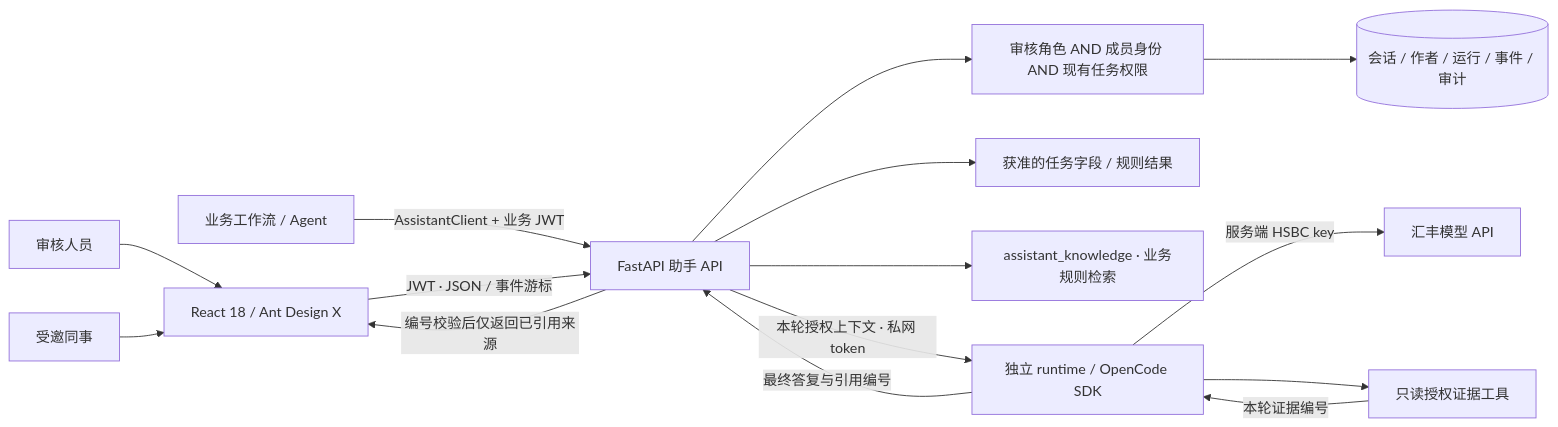
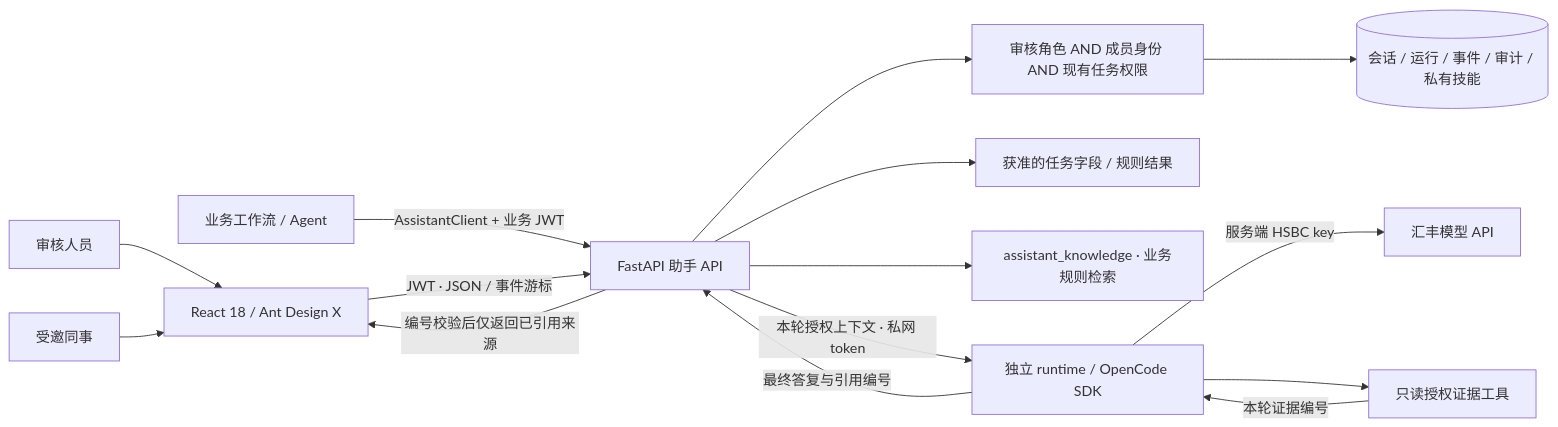
The first of 4 diagrams in docs/ai-assistant/README.md (HBCN-AI-Campaign/HBCN-AI-Campaign-Team8), drawn with Mermaid before and after one commit. The commit also changed other lines of this file and 40 other files, not shown here.

Commit message:
assistant: improve reviewer skill and collaboration flows

```diff
--- a/docs/ai-assistant/README.md
+++ b/docs/ai-assistant/README.md
@@ -34,17 +36,17 @@
 ~~~mermaid
 flowchart LR
   R[审核人员] --> UI[React 18 / Ant Design X]
   E[受邀同事] --> UI
   W[业务工作流 / Agent] -->|AssistantClient + 业务 JWT| API
   UI -->|JWT · JSON / 事件游标| API[FastAPI 助手 API]
   API --> ACL[审核角色 AND 成员身份 AND 现有任务权限]
-  ACL --> DB[(会话 / 作者 / 运行 / 事件 / 审计)]
+  ACL --> DB[(会话 / 运行 / 事件 / 审计 / 私有技能)]
   API --> TASK[获准的任务字段 / 规则结果]
   API --> RAG[assistant_knowledge · 业务规则检索]
   API -->|本轮授权上下文 · 私网 token| RT[独立 runtime / OpenCode SDK]
   RT -->|服务端 HSBC key| HSBC[汇丰模型 API]
   RT --> TOOL[只读授权证据工具]
   TOOL -->|本轮证据编号| RT
   RT -->|最终答复与引用编号| API
   API -->|编号校验后仅返回已引用来源| UI
 ~~~
```
